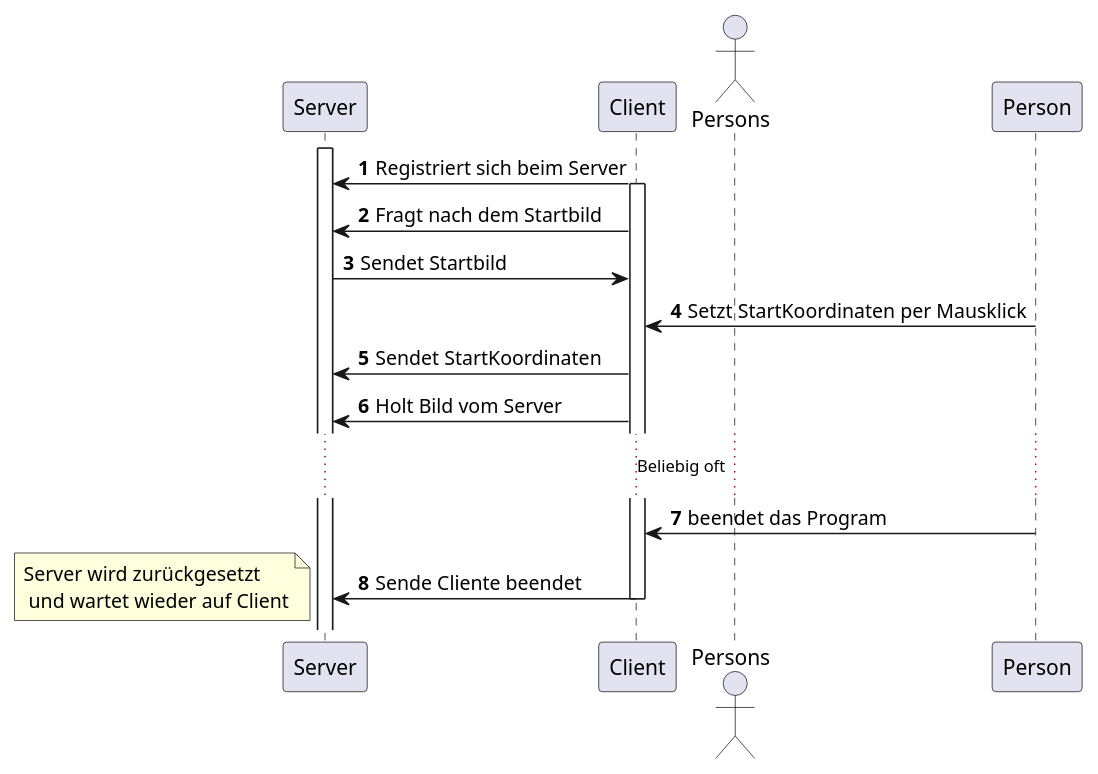
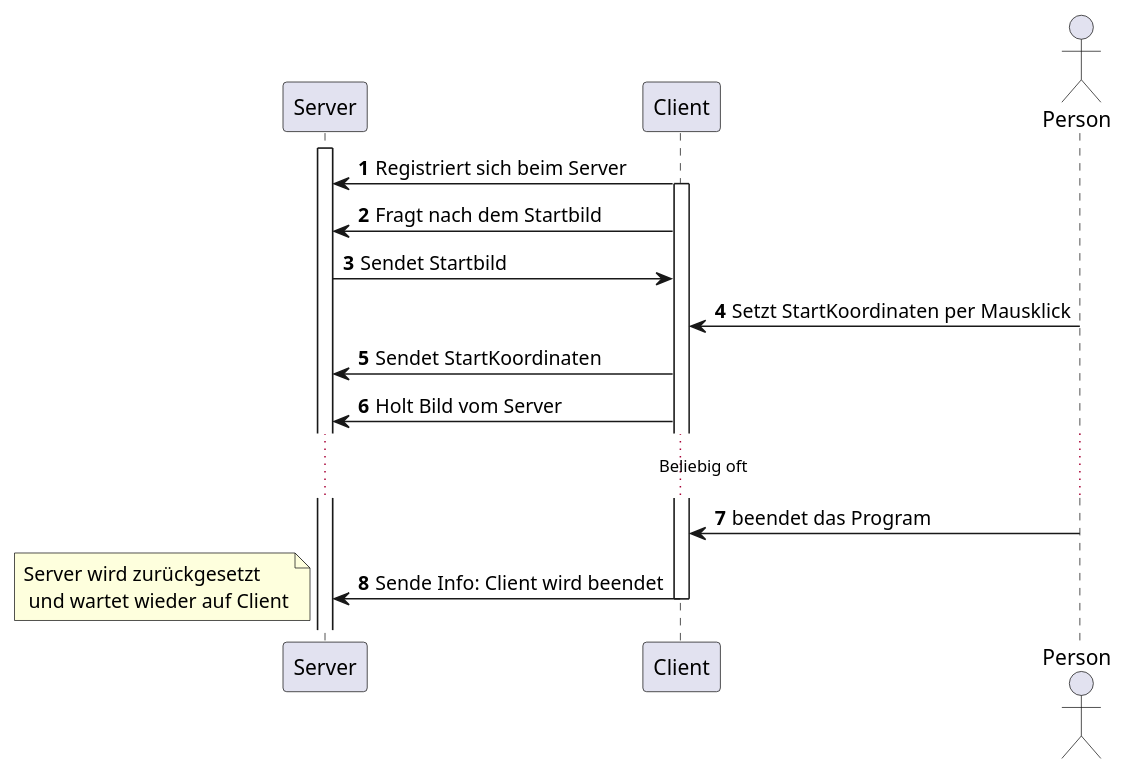
Before and after one commit to a-schulz-studies/PVS_Mandelbrot: the diagram in backend/puml/sequence.puml, drawn with PlantUML. The commit also changed 1 other file, not shown here.

Commit message:
Sequenzdiagramm angepasst

```diff
--- a/backend/puml/sequence.puml
+++ b/backend/puml/sequence.puml
@@ -1,19 +1,19 @@
 @startuml
 autonumber
 
 activate Server
 Client -> Server : Registriert sich beim Server
 activate Client
 Client -> Server : Fragt nach dem Startbild
 Client <- Server : Sendet Startbild
-actor Persons
+actor Person
 Client <- Person : Setzt StartKoordinaten per Mausklick
 Client -> Server : Sendet StartKoordinaten
 Client -> Server : Holt Bild vom Server
 ... Beliebig oft ...
 Person -> Client : beendet das Program
-Client -> Server : Sende Cliente beendet
+Client -> Server : Sende Info: Client wird beendet
 deactivate Client
 note left: Server wird zurückgesetzt\n und wartet wieder auf Client
 
 @enduml
```
